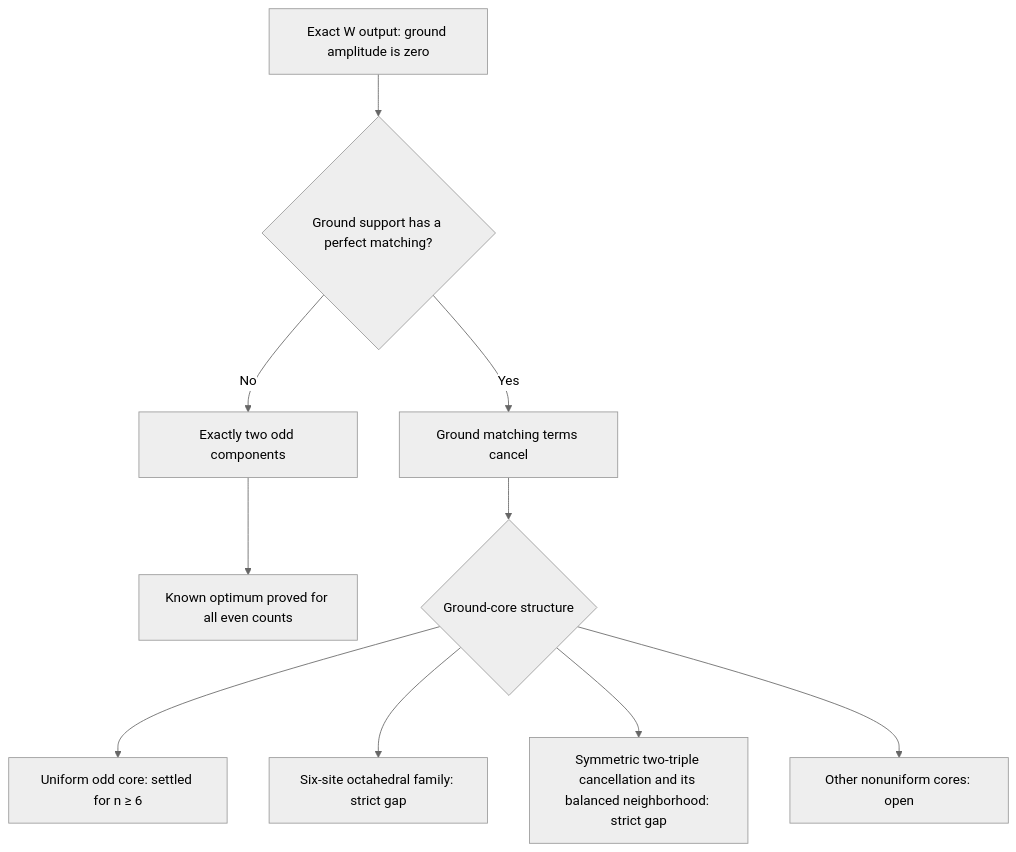
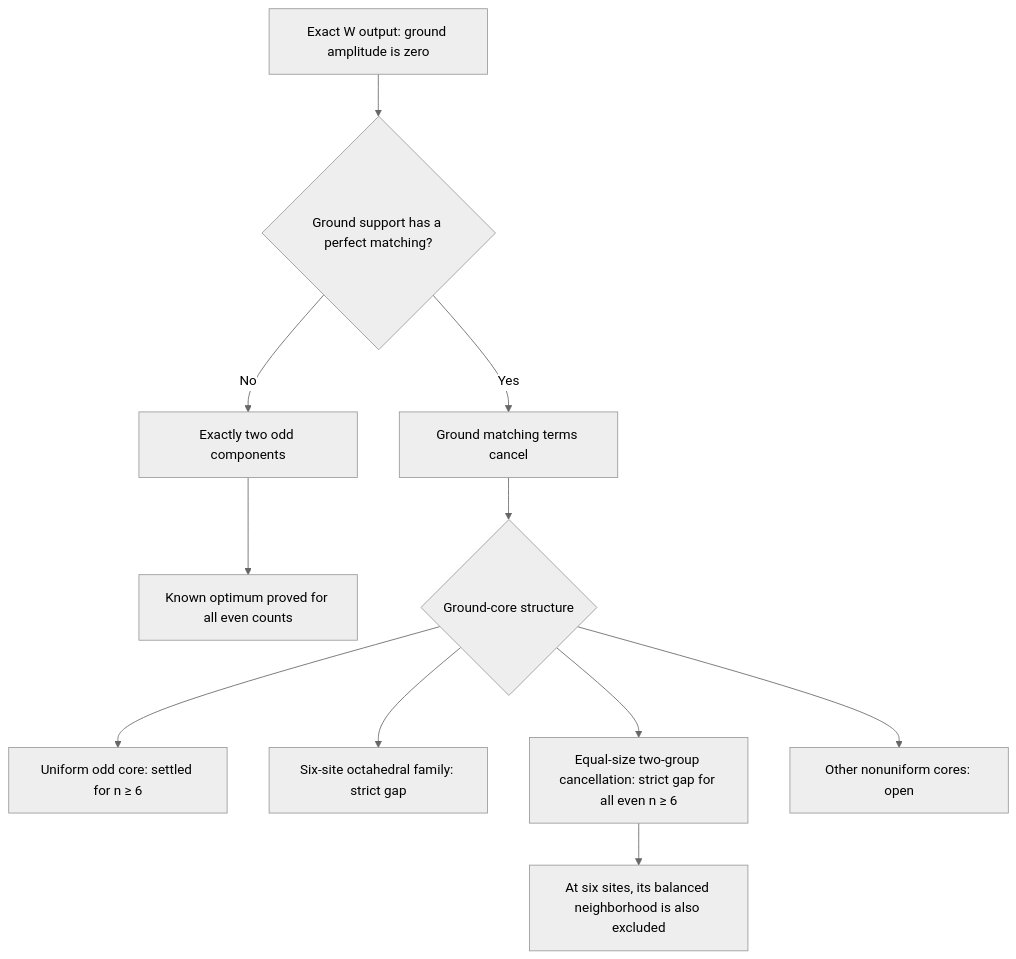
One commit to rrajasek95/krenn-conjecture changed the diagram in research/w-state-design/README.md. Above: the diagram before and after it, drawn with Mermaid (neutral theme). The commit also changed other lines of this file and 10 other files, not shown here.

Commit message:
Prove an all-even W cancellation gap through Legendre quadrature

```diff
--- a/research/w-state-design/README.md
+++ b/research/w-state-design/README.md
@@ -68,12 +69,13 @@
 ~~~mermaid
 flowchart TD
     A["Exact W output: ground amplitude is zero"] --> B{"Ground support has a perfect matching?"}
     B -->|No| C["Exactly two odd components"]
     C --> D["Known optimum proved for all even counts"]
     B -->|Yes| E["Ground matching terms cancel"]
     E --> F{"Ground-core structure"}
     F --> G["Uniform odd core: settled for n ≥ 6"]
     F --> H["Six-site octahedral family: strict gap"]
-    F --> J["Symmetric two-triple cancellation and its balanced neighborhood: strict gap"]
+    F --> J["Equal-size two-group cancellation: strict gap for all even n ≥ 6"]
+    J --> K["At six sites, its balanced neighborhood is also excluded"]
     F --> I["Other nonuniform cores: open"]
 ~~~
```
